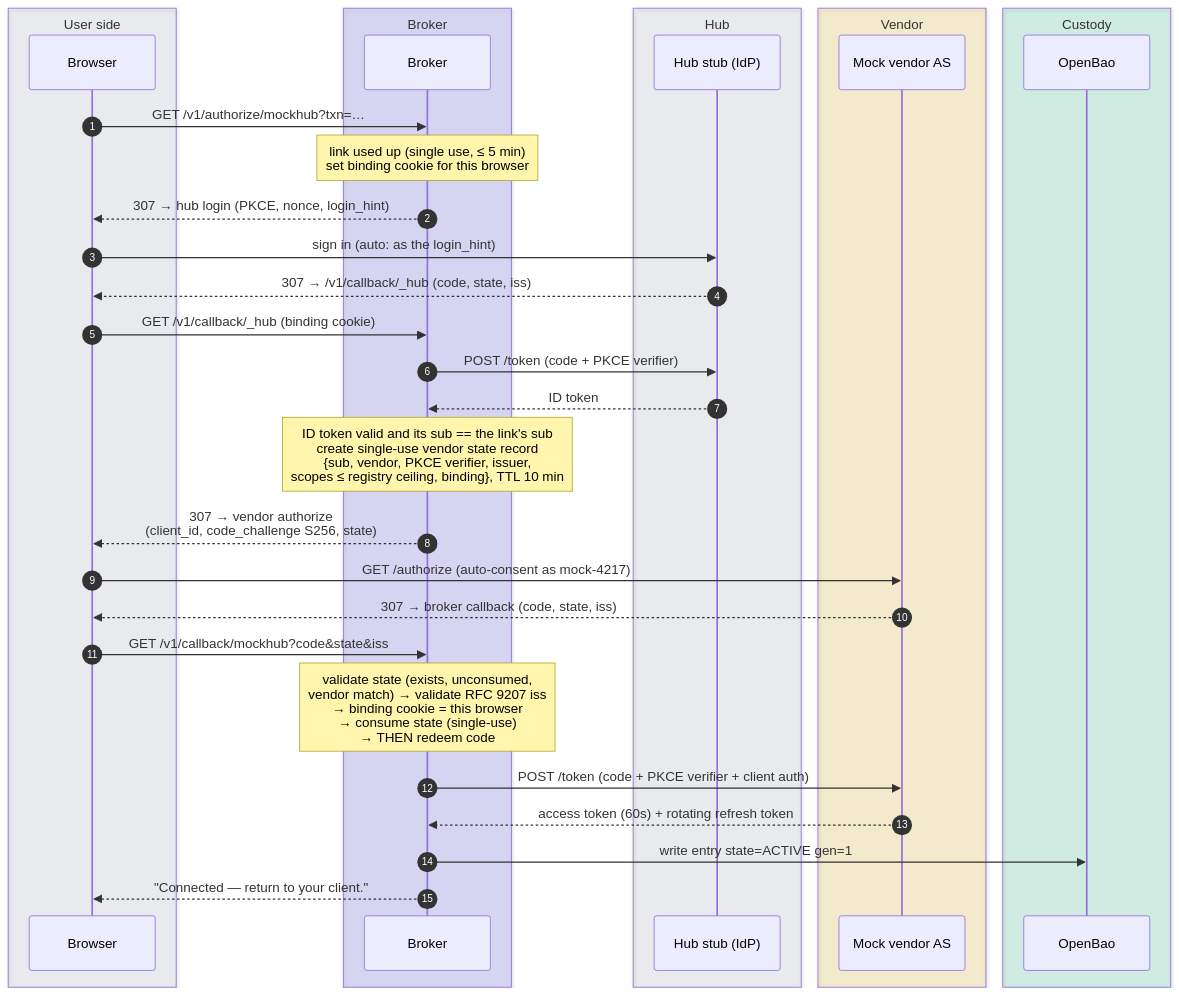
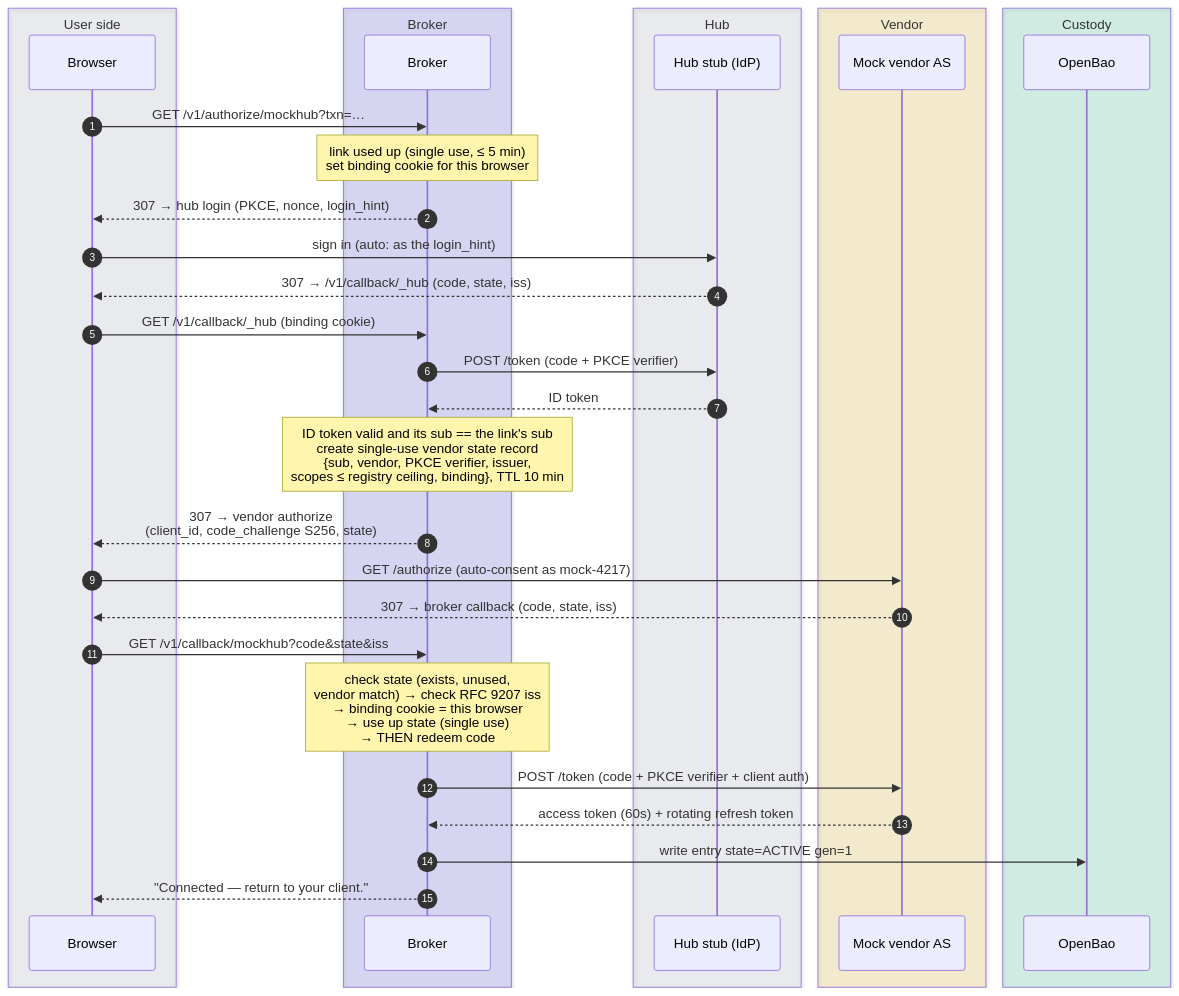
The third of 7 diagrams in docs/smoke-tests.md (chief-builder/vendor-token-broker), drawn with Mermaid before and after one commit. The commit also changed other lines of this file and 14 other files, not shown here.

````diff
--- a/docs/smoke-tests.md
+++ b/docs/smoke-tests.md
@@ -171,37 +203,37 @@
 ```mermaid
 sequenceDiagram
     autonumber
     box rgba(148,163,184,0.14) User side
         participant UA as Browser
     end
     box rgba(99,102,241,0.20) Broker
         participant B as Broker
     end
     box rgba(148,163,184,0.14) Hub
         participant H as Hub stub (IdP)
     end
     box rgba(234,179,8,0.16) Vendor
         participant M as Mock vendor AS
     end
     box rgba(16,185,129,0.16) Custody
         participant V as OpenBao
     end
     UA->>B: GET /v1/authorize/mockhub?txn=…
     Note over B: link used up (single use, ≤ 5 min)<br/>set binding cookie for this browser
     B-->>UA: 307 → hub login (PKCE, nonce, login_hint)
     UA->>H: sign in (auto: as the login_hint)
     H-->>UA: 307 → /v1/callback/_hub (code, state, iss)
     UA->>B: GET /v1/callback/_hub (binding cookie)
     B->>H: POST /token (code + PKCE verifier)
     H-->>B: ID token
     Note over B: ID token valid and its sub == the link's sub<br/>create single-use vendor state record<br/>{sub, vendor, PKCE verifier, issuer,<br/>scopes ≤ registry ceiling, binding}, TTL 10 min
     B-->>UA: 307 → vendor authorize<br/>(client_id, code_challenge S256, state)
     UA->>M: GET /authorize (auto-consent as mock-4217)
     M-->>UA: 307 → broker callback (code, state, iss)
     UA->>B: GET /v1/callback/mockhub?code&state&iss
-    Note over B: validate state (exists, unconsumed,<br/>vendor match) → validate RFC 9207 iss<br/>→ binding cookie = this browser<br/>→ consume state (single-use)<br/>→ THEN redeem code
+    Note over B: check state (exists, unused,<br/>vendor match) → check RFC 9207 iss<br/>→ binding cookie = this browser<br/>→ use up state (single use)<br/>→ THEN redeem code
     B->>M: POST /token (code + PKCE verifier + client auth)
     M-->>B: access token (60s) + rotating refresh token
     B->>V: write entry state=ACTIVE gen=1
     B-->>UA: "Connected — return to your client."
 ```
````
